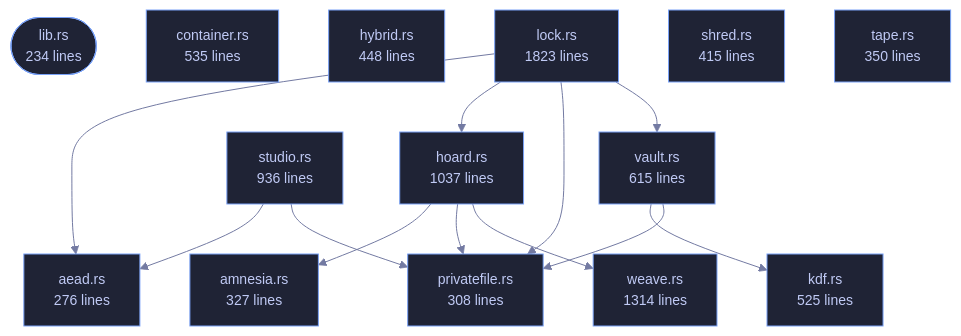
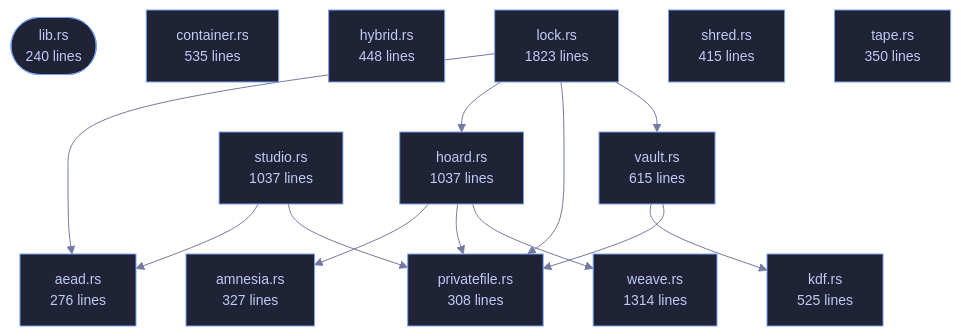
Before and after one commit to tilas01/veilvoice: the diagram in wiki/Crate-veilvoice-crypto.md, drawn with Mermaid. The commit also changed other lines of this file and 81 other files, not shown here.

````diff
--- a/wiki/Crate-veilvoice-crypto.md
+++ b/wiki/Crate-veilvoice-crypto.md
@@ -95,43 +95,43 @@
 ```mermaid
 %%{init: {"theme":"base","themeVariables":{"background":"#1a1b26","primaryColor":"#1f2335","primaryTextColor":"#c0caf5","primaryBorderColor":"#7aa2f7","secondaryColor":"#16161e","tertiaryColor":"#16161e","lineColor":"#737aa2","textColor":"#c0caf5","mainBkg":"#1f2335","nodeBorder":"#7aa2f7","clusterBkg":"#16161e","clusterBorder":"#2f3549","fontFamily":"ui-monospace, SFMono-Regular, Consolas, monospace","fontSize":"14px"}}}%%
 flowchart TD
-    n_lib(["lib.rs<br/>234 lines"])
+    n_lib(["lib.rs<br/>240 lines"])
     n_aead["aead.rs<br/>276 lines"]
     n_amnesia["amnesia.rs<br/>327 lines"]
     n_container["container.rs<br/>535 lines"]
     n_hoard["hoard.rs<br/>1037 lines"]
     n_hybrid["hybrid.rs<br/>448 lines"]
     n_kdf["kdf.rs<br/>525 lines"]
     n_lock["lock.rs<br/>1823 lines"]
     n_privatefile["privatefile.rs<br/>308 lines"]
     n_shred["shred.rs<br/>415 lines"]
-    n_studio["studio.rs<br/>936 lines"]
+    n_studio["studio.rs<br/>1037 lines"]
     n_tape["tape.rs<br/>350 lines"]
     n_vault["vault.rs<br/>615 lines"]
     n_weave["weave.rs<br/>1314 lines"]
     n_hoard --> n_amnesia
     n_hoard --> n_privatefile
     n_hoard --> n_weave
     n_lock --> n_aead
     n_lock --> n_hoard
     n_lock --> n_privatefile
     n_lock --> n_vault
     n_studio --> n_aead
     n_studio --> n_privatefile
     n_vault --> n_kdf
     n_vault --> n_privatefile
     click n_lib href "https://github.com/tilas01/veilvoice/blob/main/crates/veilvoice-crypto/src/lib.rs" "open the source"
     click n_aead href "https://github.com/tilas01/veilvoice/blob/main/crates/veilvoice-crypto/src/aead.rs" "open the source"
     click n_amnesia href "https://github.com/tilas01/veilvoice/blob/main/crates/veilvoice-crypto/src/amnesia.rs" "open the source"
     click n_container href "https://github.com/tilas01/veilvoice/blob/main/crates/veilvoice-crypto/src/container.rs" "open the source"
     click n_hoard href "https://github.com/tilas01/veilvoice/blob/main/crates/veilvoice-crypto/src/hoard.rs" "open the source"
     click n_hybrid href "https://github.com/tilas01/veilvoice/blob/main/crates/veilvoice-crypto/src/hybrid.rs" "open the source"
     click n_kdf href "https://github.com/tilas01/veilvoice/blob/main/crates/veilvoice-crypto/src/kdf.rs" "open the source"
     click n_lock href "https://github.com/tilas01/veilvoice/blob/main/crates/veilvoice-crypto/src/lock.rs" "open the source"
     click n_privatefile href "https://github.com/tilas01/veilvoice/blob/main/crates/veilvoice-crypto/src/privatefile.rs" "open the source"
     click n_shred href "https://github.com/tilas01/veilvoice/blob/main/crates/veilvoice-crypto/src/shred.rs" "open the source"
     click n_studio href "https://github.com/tilas01/veilvoice/blob/main/crates/veilvoice-crypto/src/studio.rs" "open the source"
     click n_tape href "https://github.com/tilas01/veilvoice/blob/main/crates/veilvoice-crypto/src/tape.rs" "open the source"
     click n_vault href "https://github.com/tilas01/veilvoice/blob/main/crates/veilvoice-crypto/src/vault.rs" "open the source"
     click n_weave href "https://github.com/tilas01/veilvoice/blob/main/crates/veilvoice-crypto/src/weave.rs" "open the source"
 ```
````
